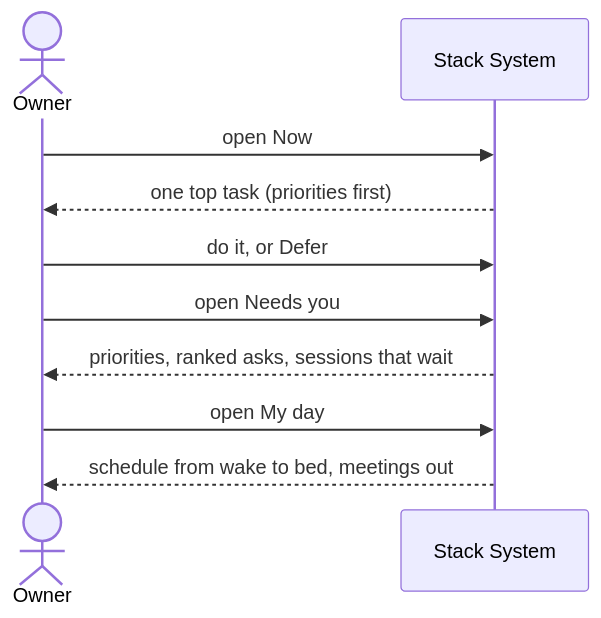
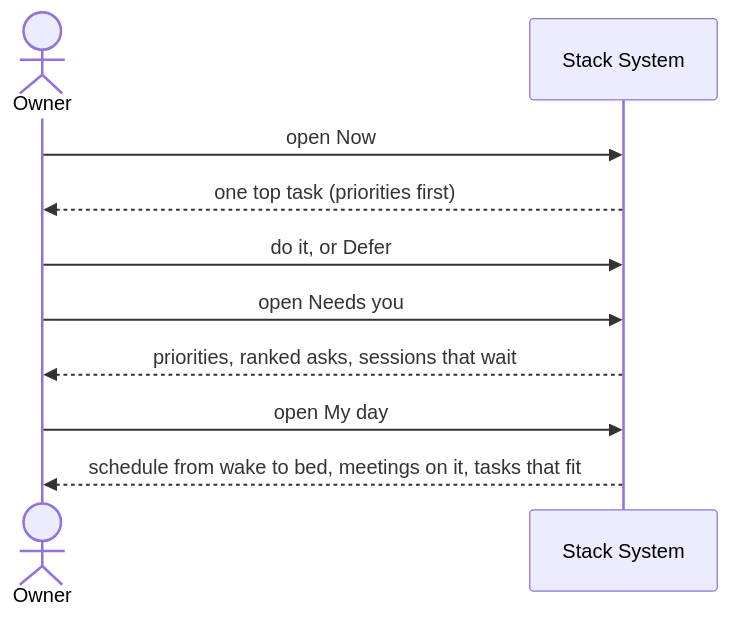
The third of 5 diagrams in .xe/customer-journey.md (Xerilium/stack), drawn with Mermaid before and after one commit. The commit also changed other lines of this file and 1 other file, not shown here.

Commit message:
docs(product): Match journey steps to the built answer and wake flow

````diff
--- a/.xe/customer-journey.md
+++ b/.xe/customer-journey.md
@@ -37,12 +37,12 @@
 ```mermaid
 sequenceDiagram
     actor Owner as Owner
     participant Stack as Stack System
     Owner->>Stack: open Now
     Stack-->>Owner: one top task (priorities first)
     Owner->>Stack: do it, or Defer
     Owner->>Stack: open Needs you
     Stack-->>Owner: priorities, ranked asks, sessions that wait
     Owner->>Stack: open My day
-    Stack-->>Owner: schedule from wake to bed, meetings out
+    Stack-->>Owner: schedule from wake to bed, meetings on it, tasks that fit
 ```
````
